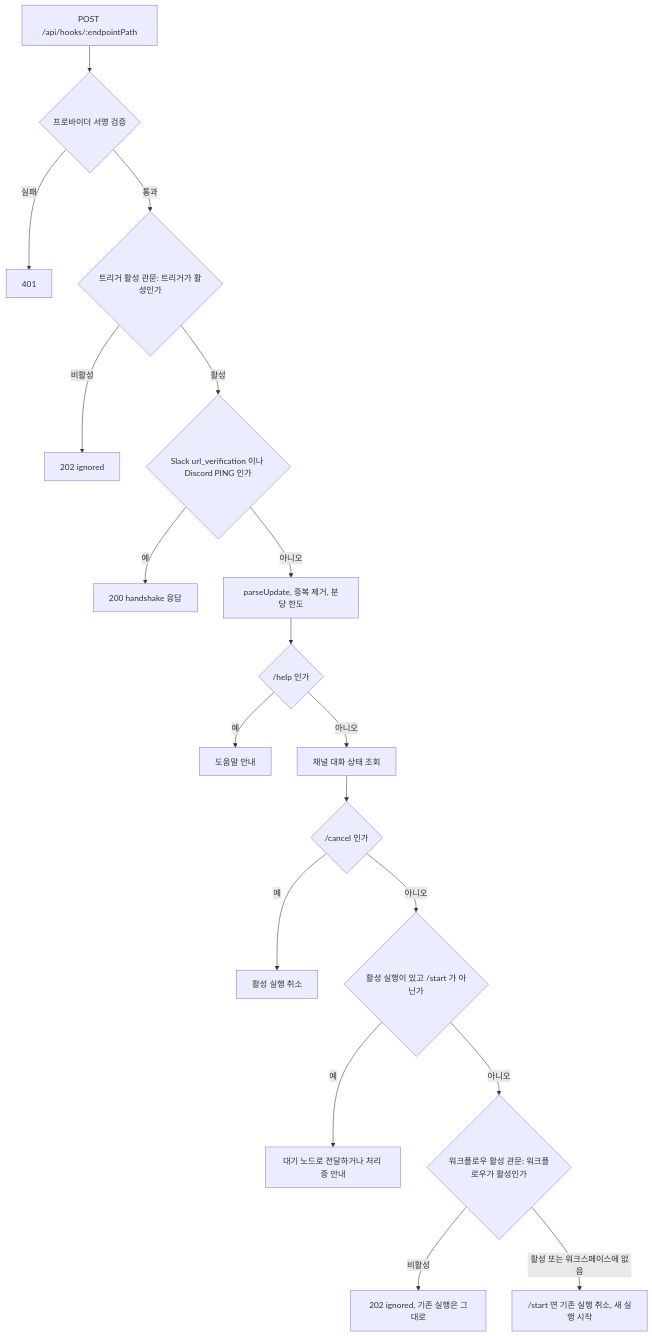
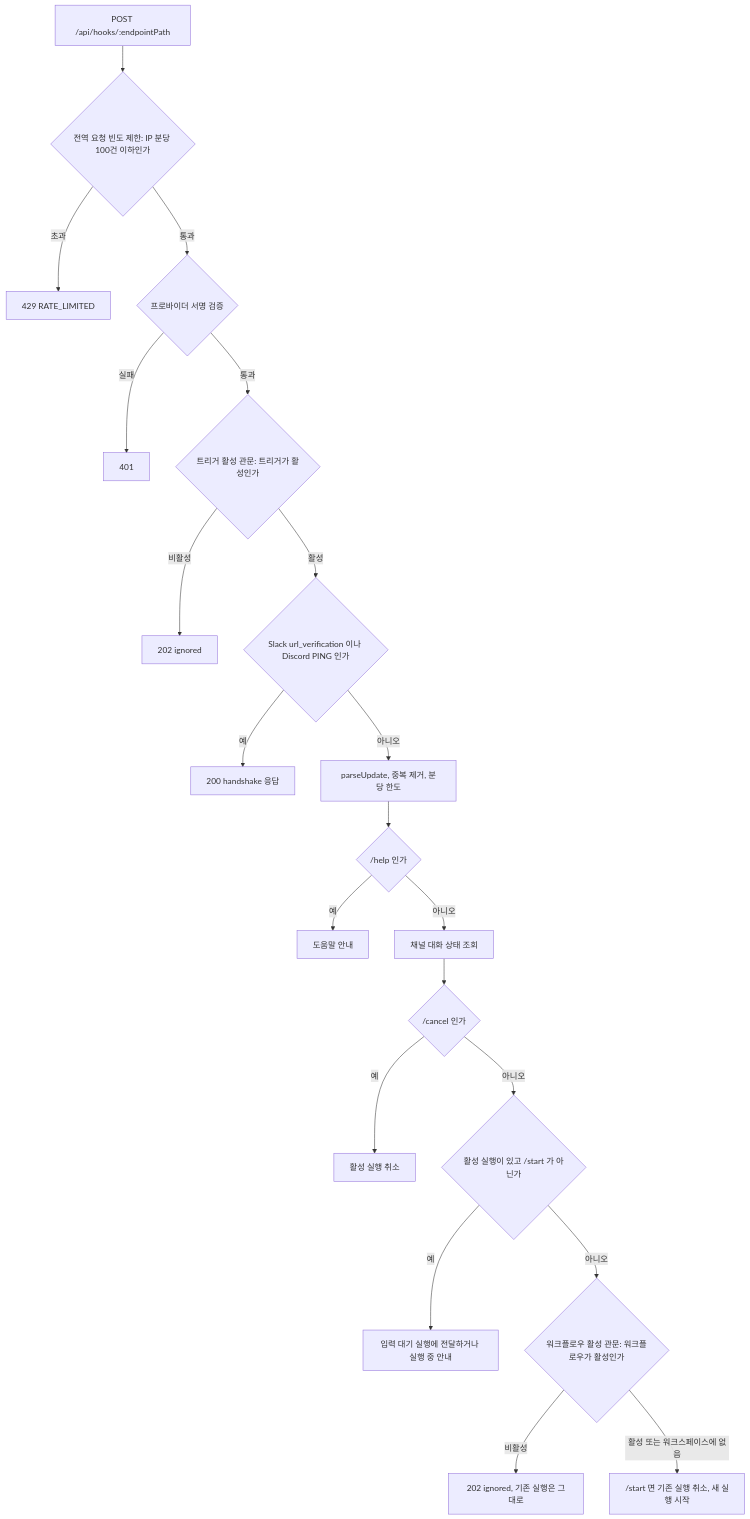
The second of 3 diagrams in spec/CLE-CHAT/CLE-CHAT-CORE.md (worker-ants/clemvion), drawn with Mermaid before and after one commit. The commit also changed other lines of this file and 8 other files, not shown here.

````diff
--- a/spec/CLE-CHAT/CLE-CHAT-CORE.md
+++ b/spec/CLE-CHAT/CLE-CHAT-CORE.md
@@ -217,20 +219,22 @@
 ```mermaid
 flowchart TD
-  A["POST /api/hooks/:endpointPath"] --> B{"프로바이더 서명 검증"}
+  A["POST /api/hooks/:endpointPath"] --> T{"전역 요청 빈도 제한: IP 분당 100건 이하인가"}
+  T -- "초과" --> R429["429 RATE_LIMITED"]
+  T -- "통과" --> B{"프로바이더 서명 검증"}
   B -- "실패" --> R401["401"]
   B -- "통과" --> C{"트리거 활성 관문: 트리거가 활성인가"}
   C -- "비활성" --> I1["202 ignored"]
   C -- "활성" --> D{"Slack url_verification 이나 Discord PING 인가"}
   D -- "예" --> HS["200 handshake 응답"]
   D -- "아니오" --> P["parseUpdate, 중복 제거, 분당 한도"]
   P --> H{"/help 인가"}
   H -- "예" --> HELP["도움말 안내"]
   H -- "아니오" --> L["채널 대화 상태 조회"]
   L --> X{"/cancel 인가"}
   X -- "예" --> CAN["활성 실행 취소"]
   X -- "아니오" --> M{"활성 실행이 있고 /start 가 아닌가"}
-  M -- "예" --> FW["대기 노드로 전달하거나 처리 중 안내"]
+  M -- "예" --> FW["입력 대기 실행에 전달하거나 실행 중 안내"]
   M -- "아니오" --> W{"워크플로우 활성 관문: 워크플로우가 활성인가"}
   W -- "비활성" --> I2["202 ignored, 기존 실행은 그대로"]
   W -- "활성 또는 워크스페이스에 없음" --> S["/start 면 기존 실행 취소, 새 실행 시작"]
 ```
````
